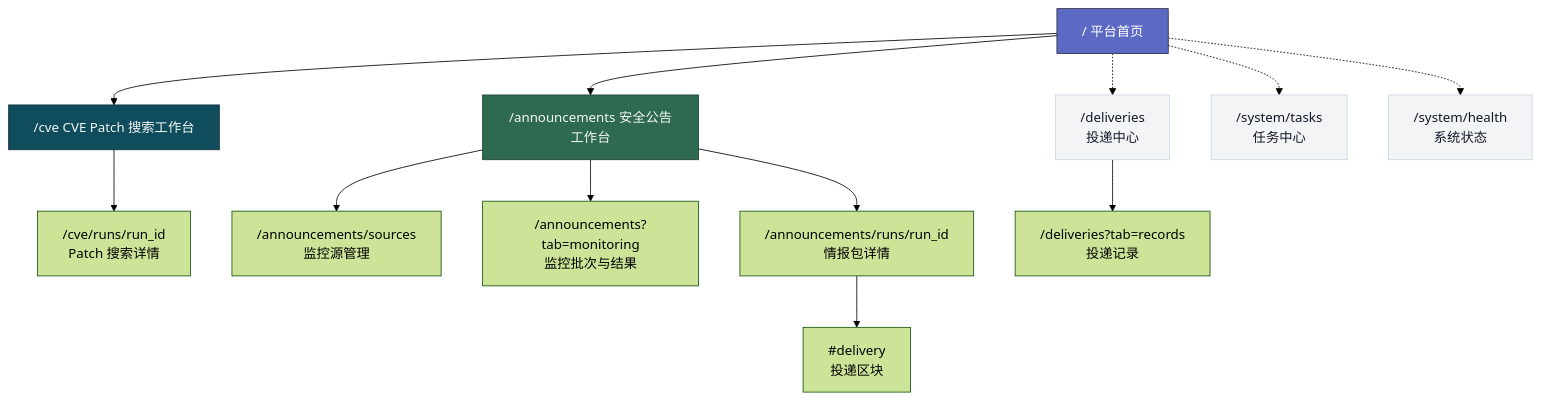
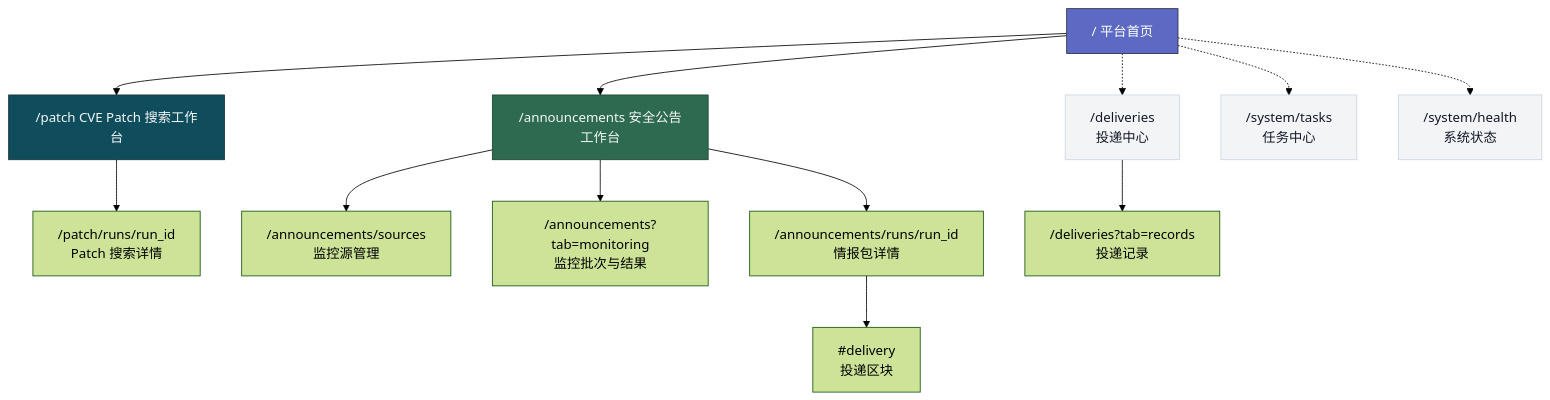
Before and after one commit to coeoo/AetherFlow: the diagram in docs/13-界面设计/U001-信息架构与导航设计.md, drawn with Mermaid (forest theme). The commit also changed other lines of this file and 26 other files, not shown here.

````diff
--- a/docs/13-界面设计/U001-信息架构与导航设计.md
+++ b/docs/13-界面设计/U001-信息架构与导航设计.md
@@ -24,24 +24,24 @@
 ```mermaid
 flowchart TB
-    HOME["/ 平台首页"] --> CVE["/cve CVE Patch 搜索工作台"]
+    HOME["/ 平台首页"] --> CVE["/patch CVE Patch 搜索工作台"]
     HOME --> ANN["/announcements 安全公告工作台"]
 
-    CVE --> CVE_RUN["/cve/runs/run_id\nPatch 搜索详情"]
+    CVE --> CVE_RUN["/patch/runs/run_id\nPatch 搜索详情"]
 
     ANN --> ANN_SRC["/announcements/sources\n监控源管理"]
     ANN --> ANN_MON["/announcements?tab=monitoring\n监控批次与结果"]
     ANN --> ANN_RUN["/announcements/runs/run_id\n情报包详情"]
     ANN_RUN --> ANN_DEL["#delivery\n投递区块"]
 
     HOME -.-> DEL["/deliveries\n投递中心"]
     HOME -.-> SYS_TASK["/system/tasks\n任务中心"]
     HOME -.-> SYS_HP["/system/health\n系统状态"]
     DEL --> DEL_REC["/deliveries?tab=records\n投递记录"]
 
     style HOME fill:#5c6ac4,stroke:#2b2d42,color:#fff
     style CVE fill:#0f4c5c,stroke:#16323e,color:#f4f7f7
     style ANN fill:#2d6a4f,stroke:#1b4332,color:#f4f7f7
     style DEL fill:#f3f4f6,stroke:#cbd5e1,color:#111827
     style SYS_TASK fill:#f3f4f6,stroke:#cbd5e1,color:#111827
     style SYS_HP fill:#f3f4f6,stroke:#cbd5e1,color:#111827
 ```
````
